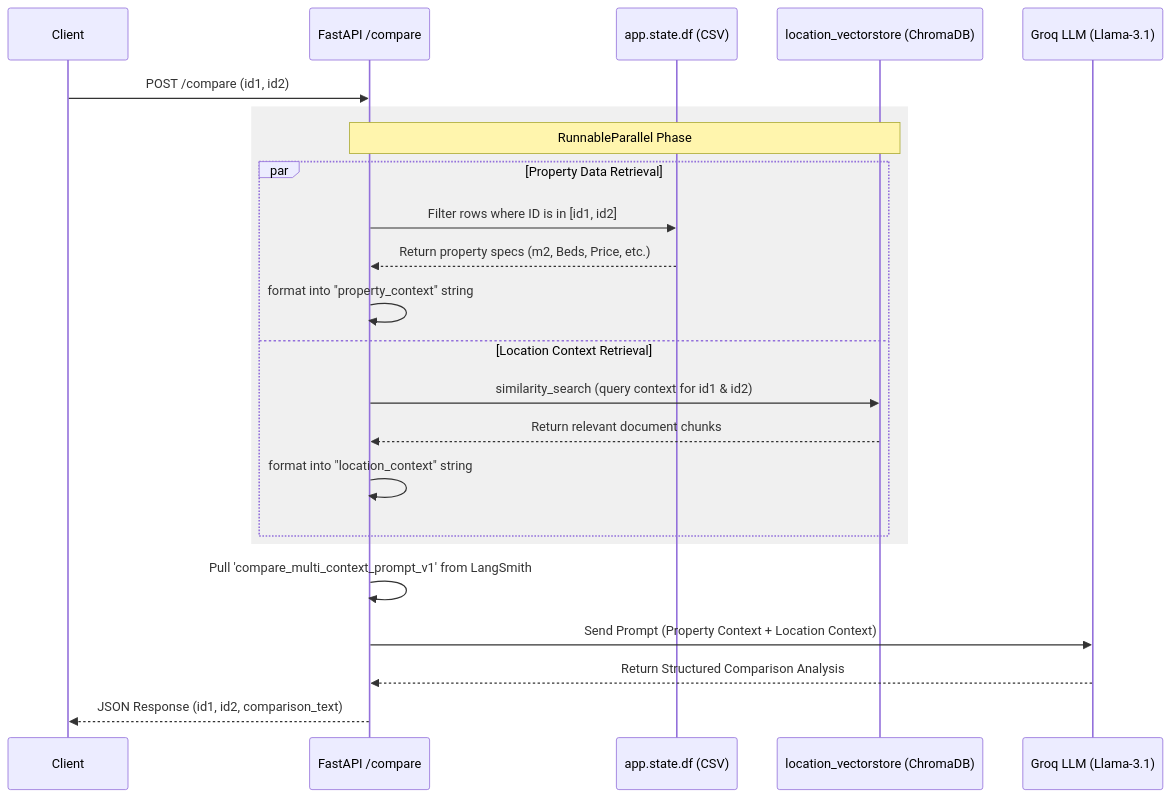
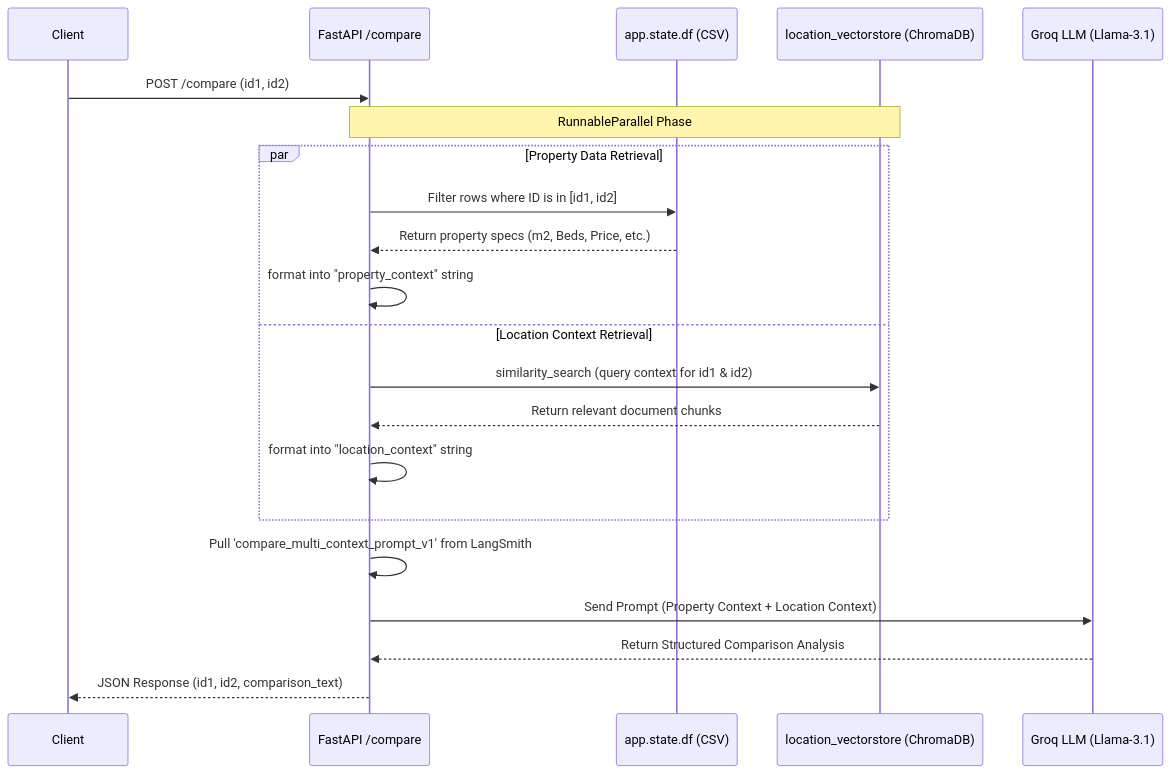
The fourth of 5 diagrams in README.md (AhmedAyman4/nawy), drawn with Mermaid before and after one commit. The commit also changed other lines of this file, not shown here.

````diff
--- a/README.md
+++ b/README.md
@@ -283,31 +254,29 @@
 ```mermaid
 sequenceDiagram
     participant Client
     participant API as FastAPI /compare
     participant DF as app.state.df (CSV)
     participant VS as location_vectorstore (ChromaDB)
     participant LLM as Groq LLM (Llama-3.1)
 
     Client->>API: POST /compare (id1, id2)
     
-    rect rgb(240, 240, 240)
     Note over API, VS: RunnableParallel Phase
     
     par Property Data Retrieval
         API->>DF: Filter rows where ID is in [id1, id2]
         DF-->>API: Return property specs (m2, Beds, Price, etc.)
         API->>API: format into "property_context" string
     and Location Context Retrieval
         API->>VS: similarity_search (query context for id1 & id2)
         VS-->>API: Return relevant document chunks
         API->>API: format into "location_context" string
     end
-    end
 
     API->>API: Pull 'compare_multi_context_prompt_v1' from LangSmith
     
     API->>LLM: Send Prompt (Property Context + Location Context)
     LLM-->>API: Return Structured Comparison Analysis
     
     API-->>Client: JSON Response (id1, id2, comparison_text)
 ```
````
